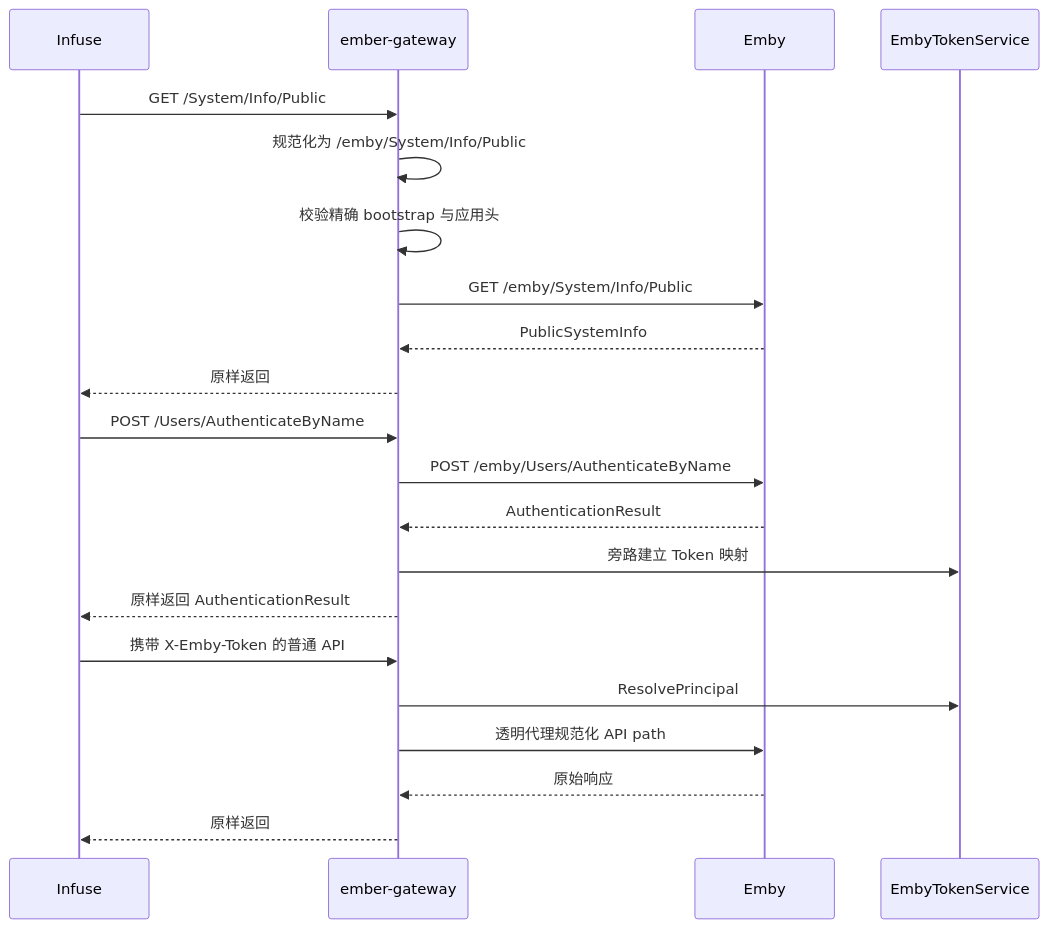
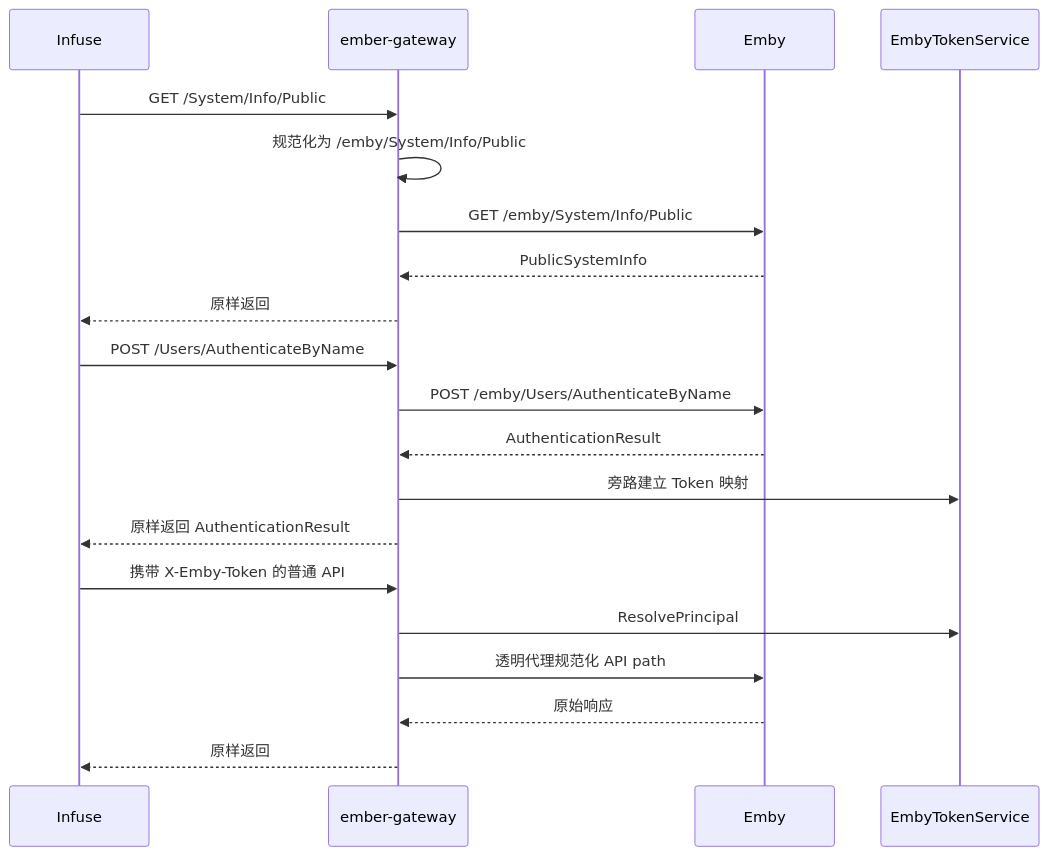
The second of 2 diagrams in docs/plan/architecture/ember-gateway-transparent-proxy-and-web-access.md (konghanghang/ember), drawn with Mermaid before and after one commit. The commit also changed other lines of this file and 7 other files, not shown here.

````diff
--- a/docs/plan/architecture/ember-gateway-transparent-proxy-and-web-access.md
+++ b/docs/plan/architecture/ember-gateway-transparent-proxy-and-web-access.md
@@ -232,24 +235,23 @@
 ```mermaid
 sequenceDiagram
     participant Infuse
     participant Gateway as ember-gateway
     participant Emby
     participant Token as EmbyTokenService
 
     Infuse->>Gateway: GET /System/Info/Public
     Gateway->>Gateway: 规范化为 /emby/System/Info/Public
-    Gateway->>Gateway: 校验精确 bootstrap 与应用头
     Gateway->>Emby: GET /emby/System/Info/Public
     Emby-->>Gateway: PublicSystemInfo
     Gateway-->>Infuse: 原样返回
     Infuse->>Gateway: POST /Users/AuthenticateByName
     Gateway->>Emby: POST /emby/Users/AuthenticateByName
     Emby-->>Gateway: AuthenticationResult
     Gateway->>Token: 旁路建立 Token 映射
     Gateway-->>Infuse: 原样返回 AuthenticationResult
     Infuse->>Gateway: 携带 X-Emby-Token 的普通 API
     Gateway->>Token: ResolvePrincipal
     Gateway->>Emby: 透明代理规范化 API path
     Emby-->>Gateway: 原始响应
     Gateway-->>Infuse: 原样返回
 ```
````
